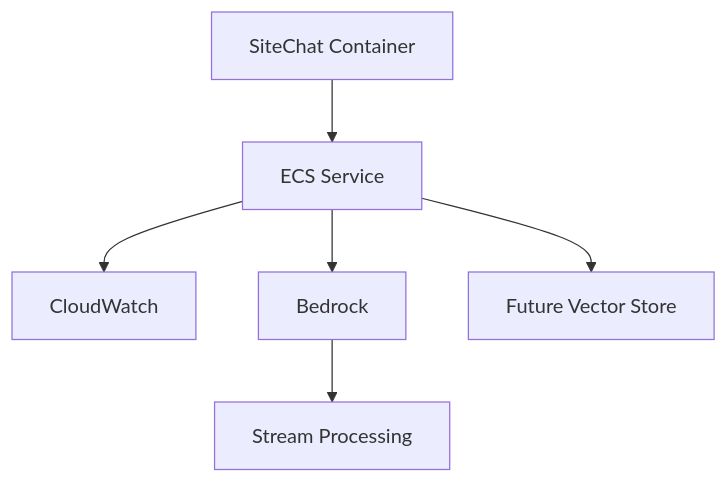
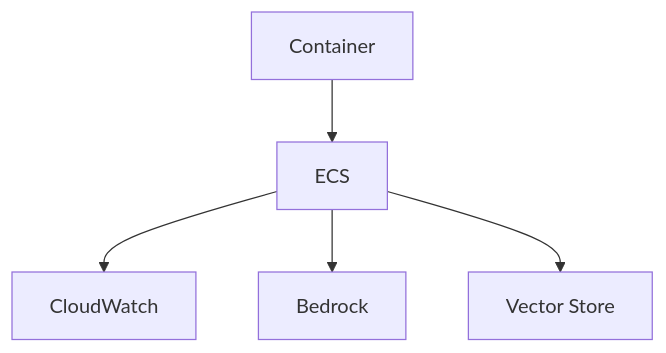
The fourth of 4 diagrams in memory-bank/systemPatterns.md (laialex501/lorechat-container), drawn with Mermaid before and after one commit. The commit also changed other lines of this file and 11 other files, not shown here.

````diff
--- a/memory-bank/systemPatterns.md
+++ b/memory-bank/systemPatterns.md
@@ -241,8 +84,7 @@
 ```mermaid
 graph TD
-    A[SiteChat Container] --> B[ECS Service]
+    A[Container] --> B[ECS]
     B --> C[CloudWatch]
     B --> D[Bedrock]
-    B --> E[Future Vector Store]
-    D --> F[Stream Processing]
+    B --> E[Vector Store]
 ```
````
